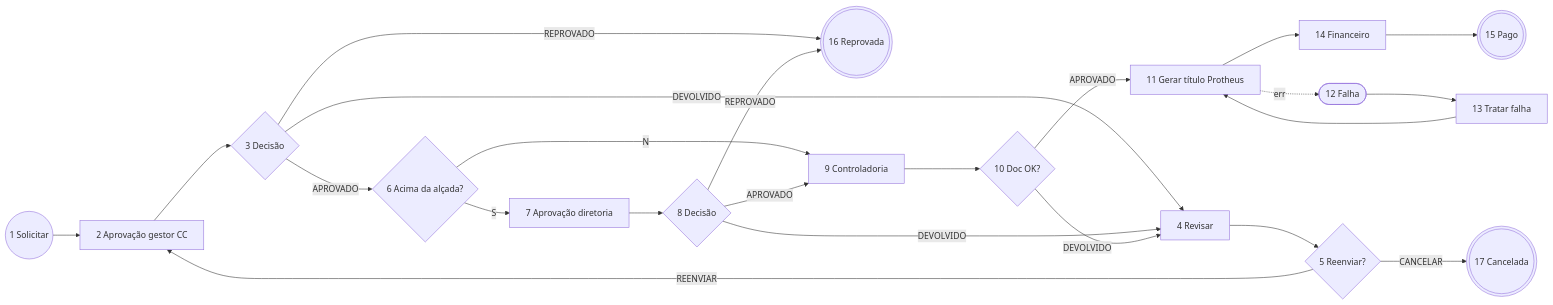
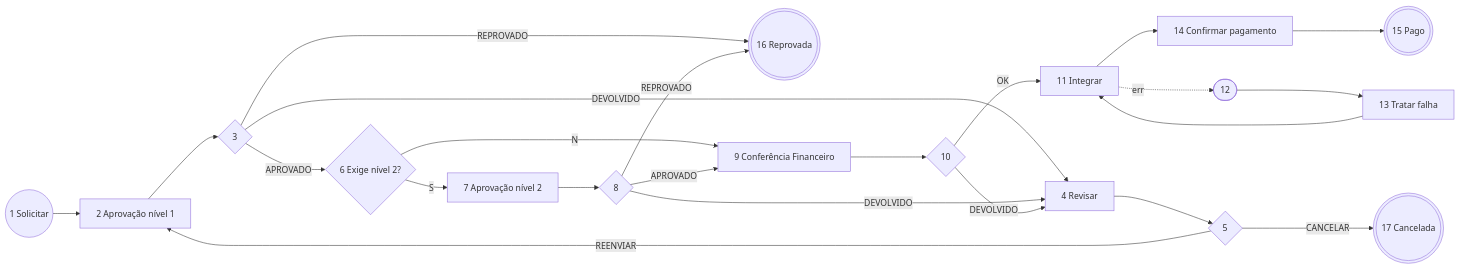
Before and after one commit to lucasananias16-ai/FLUIGSON: the diagram in projetos/tatu-marchesan/fluig/specs/SolicitacaoReembolso.md, drawn with Mermaid. The commit also changed other lines of this file and 3 other files, not shown here.

````diff
--- a/projetos/tatu-marchesan/fluig/specs/SolicitacaoReembolso.md
+++ b/projetos/tatu-marchesan/fluig/specs/SolicitacaoReembolso.md
@@ -49,19 +57,18 @@
 ```mermaid
 flowchart LR
-  S((1 Solicitar)) --> G[2 Aprovação gestor CC] --> DG{3 Decisão}
-  DG -->|APROVADO| AL{6 Acima da alçada?}
-  DG -->|DEVOLVIDO| R[4 Revisar] --> DR{5 Reenviar?}
-  DG -->|REPROVADO| FR(((16 Reprovada)))
-  DR -->|REENVIAR| G
+  S((1 Solicitar)) --> N1[2 Aprovação nível 1] --> D1{3}
+  D1 -->|APROVADO| E2{6 Exige nível 2?}
+  D1 -->|DEVOLVIDO| R[4 Revisar] --> DR{5}
+  D1 -->|REPROVADO| FR(((16 Reprovada)))
+  DR -->|REENVIAR| N1
   DR -->|CANCELAR| FC(((17 Cancelada)))
-  AL -->|S| D[7 Aprovação diretoria] --> DD{8 Decisão}
-  AL -->|N| C[9 Controladoria]
-  DD -->|APROVADO| C
-  DD -->|DEVOLVIDO| R
-  DD -->|REPROVADO| FR
-  C --> DC{10 Doc OK?}
-  DC -->|APROVADO| T[11 Gerar título Protheus]
-  DC -->|DEVOLVIDO| R
-  T --> F[14 Financeiro] --> FP(((15 Pago)))
-  T -.erro.-> E([12 Falha]) --> TF[13 Tratar falha] --> T
+  E2 -->|S| N2[7 Aprovação nível 2] --> D2{8}
+  E2 -->|N| F[9 Conferência Financeiro]
+  D2 -->|APROVADO| F
+  D2 -->|DEVOLVIDO| R
+  D2 -->|REPROVADO| FR
+  F --> DF{10} -->|OK| I[11 Integrar]
+  DF -->|DEVOLVIDO| R
+  I --> P[14 Confirmar pagamento] --> FP(((15 Pago)))
+  I -.erro.-> E([12]) --> T[13 Tratar falha] --> I
 ```
````
